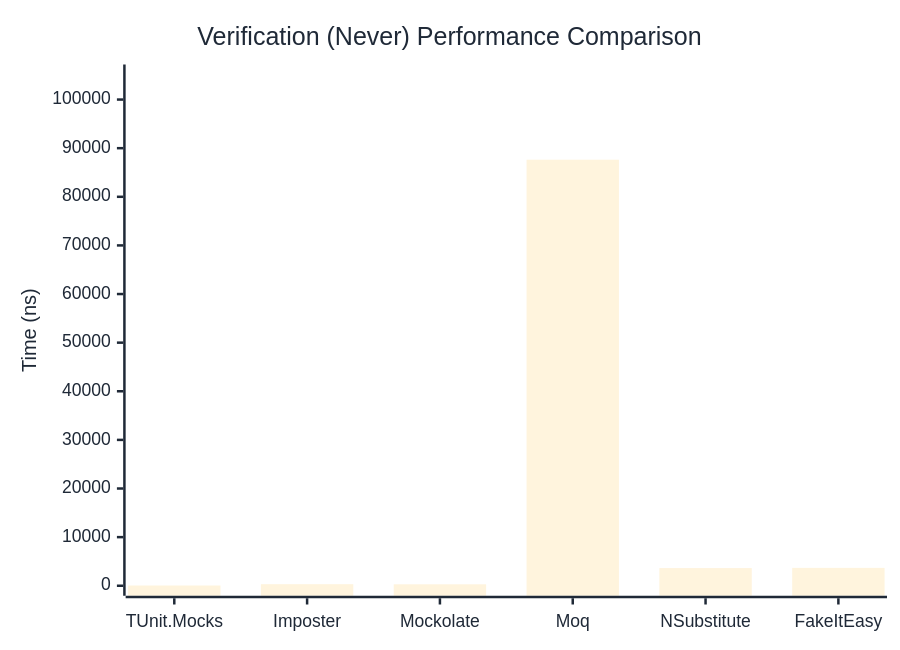
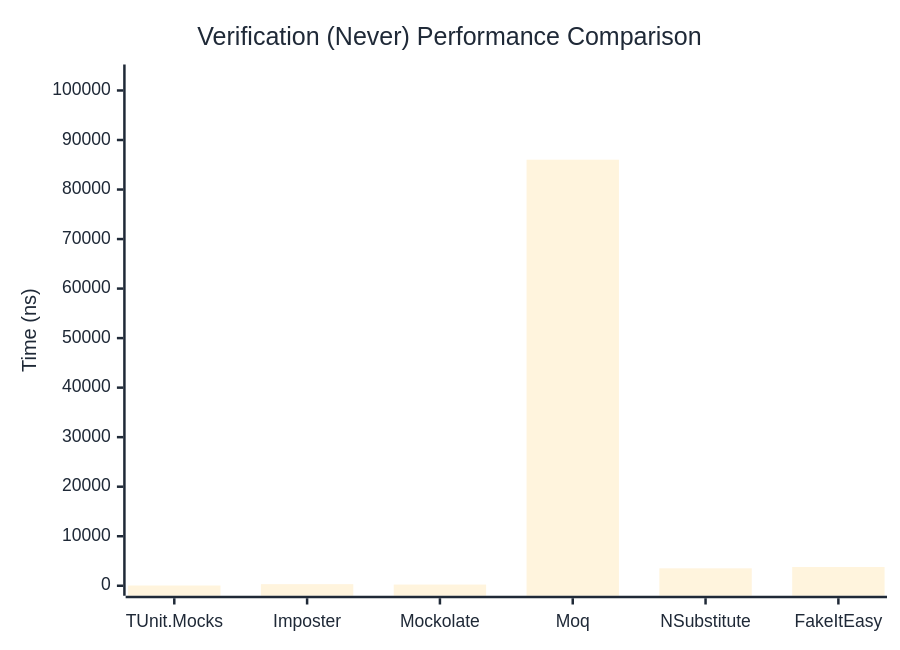
One commit to weiyilai/TUnit changed the second of 3 diagrams in docs/docs/benchmarks/mocks/Verification.md. Above: the diagram before and after it, drawn with Mermaid. The commit also changed other lines of this file and 14 other files, not shown here.

````diff
--- a/docs/docs/benchmarks/mocks/Verification.md
+++ b/docs/docs/benchmarks/mocks/Verification.md
@@ -69,27 +69,27 @@
 ```mermaid
 %%{init: {
   'theme':'base',
   'themeVariables': {
     'primaryColor': '#2563eb',
     'primaryTextColor': '#1f2937',
     'primaryBorderColor': '#1e40af',
     'lineColor': '#6b7280',
     'secondaryColor': '#7c3aed',
     'tertiaryColor': '#dc2626',
     'background': '#ffffff',
     'pie1': '#2563eb',
     'pie2': '#7c3aed',
     'pie3': '#dc2626',
     'pie4': '#f59e0b',
     'pie5': '#10b981',
     'pie6': '#06b6d4',
     'pie7': '#ec4899',
     'pie8': '#6366f1'
   }
 }}%%
 xychart-beta
   title "Verification (Never) Performance Comparison"
   x-axis ["TUnit.Mocks", "Imposter", "Mockolate", "Moq", "NSubstitute", "FakeItEasy"]
-  y-axis "Time (ns)" 0 --> 105154
-  bar [49.76, 318, 299.38, 87628.08, 3635.33, 3674.48]
+  y-axis "Time (ns)" 0 --> 103225
+  bar [49.13, 320.12, 240.68, 86020.5, 3518.15, 3783.65]
 ```
````
